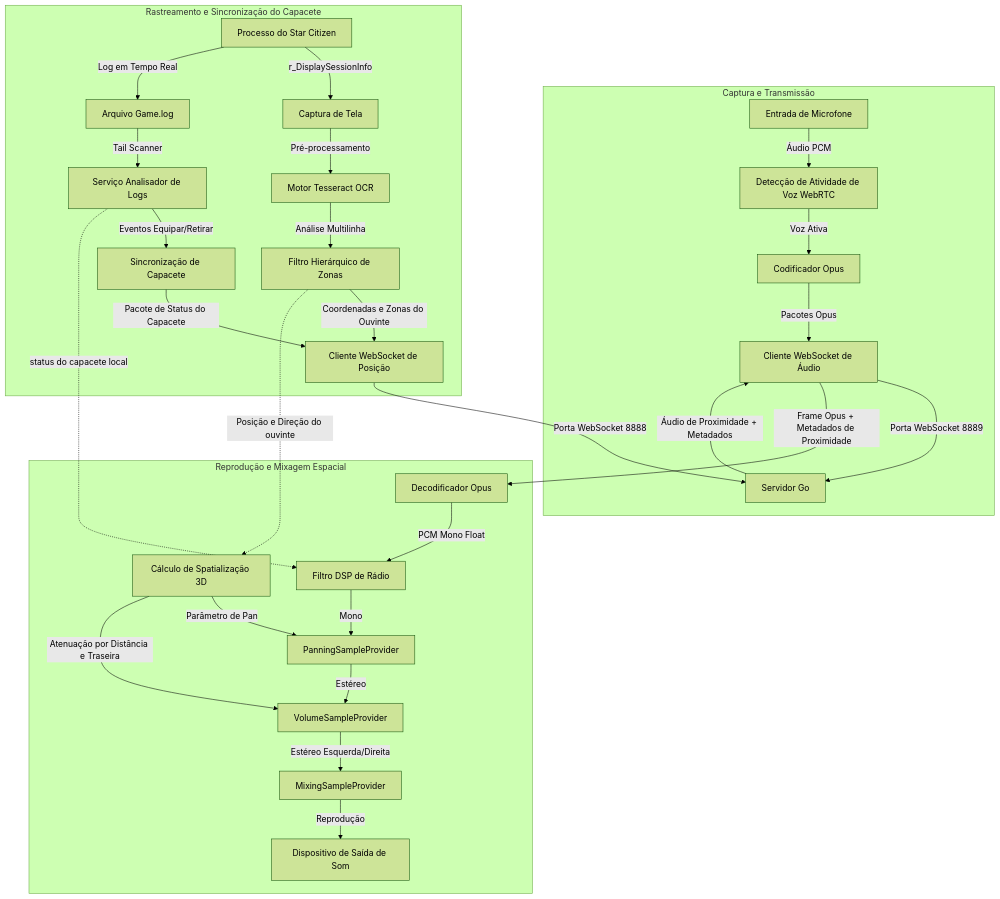
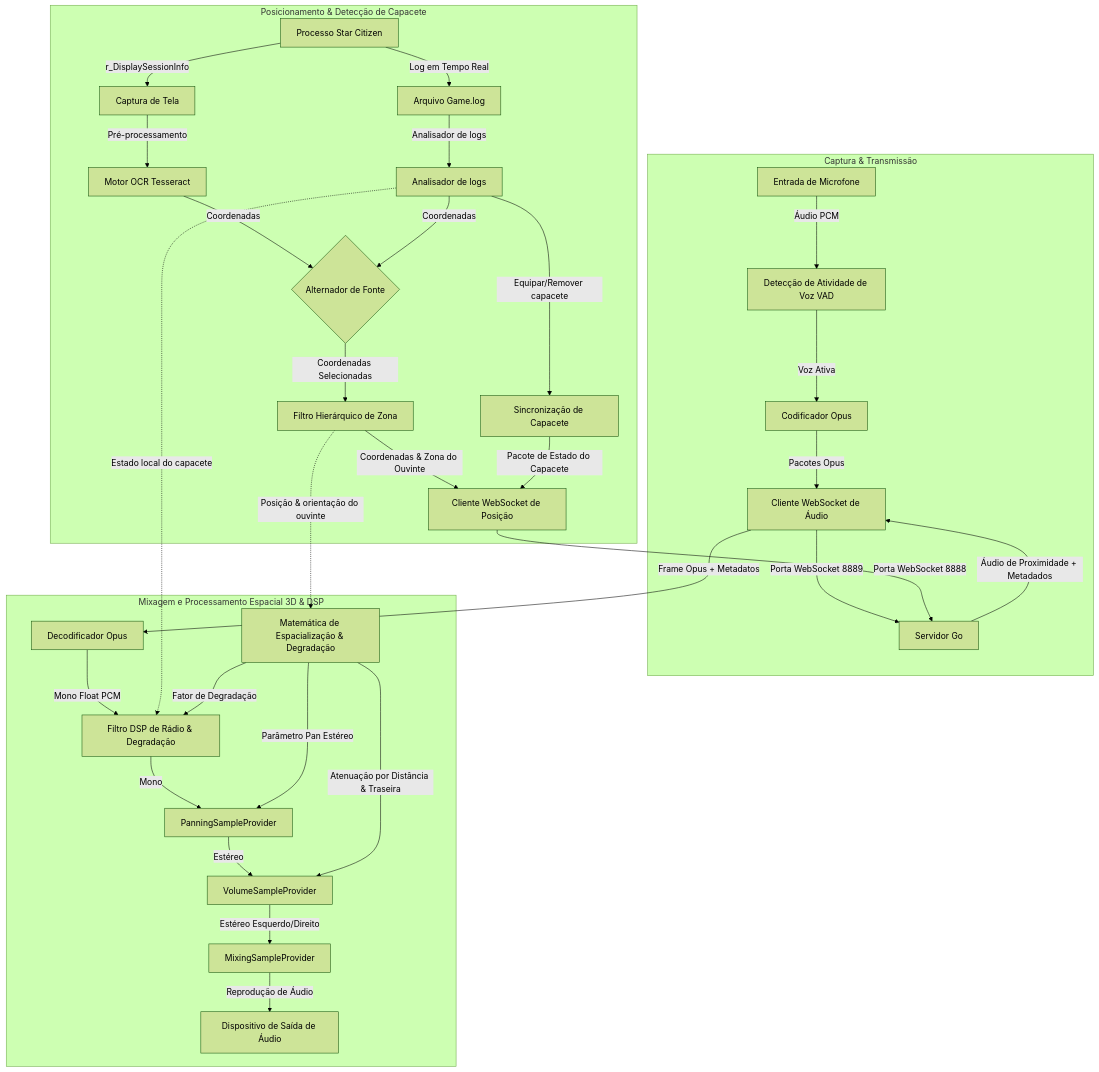
The diagram in doc/README.pt-BR.md (XuruDragon/XuruVOIP), drawn with Mermaid (forest theme) before and after one commit. The commit also changed other lines of this file and 17 other files, not shown here.

````diff
--- a/doc/README.pt-BR.md
+++ b/doc/README.pt-BR.md
@@ -80,39 +80,45 @@
 ```mermaid
 graph TD
-    subgraph Captura e Transmissão
-        Mic[Entrada de Microfone] -->|Áudio PCM| VAD[Detecção de Atividade de Voz WebRTC]
+    subgraph Captura & Transmissão
+        Mic[Entrada de Microfone] -->|Áudio PCM| VAD[Detecção de Atividade de Voz VAD]
         VAD -->|Voz Ativa| OpusEnc[Codificador Opus]
         OpusEnc -->|Pacotes Opus| AudioWS[Cliente WebSocket de Áudio]
         AudioWS -->|Porta WebSocket 8889| Server[Servidor Go]
     end
 
-    subgraph Rastreamento e Sincronização do Capacete
-        SC[Processo do Star Citizen] -->|r_DisplaySessionInfo| Screen[Captura de Tela]
-        Screen -->|Pré-processamento| Tess[Motor Tesseract OCR]
-        Tess -->|Análise Multilinha| Zone[Filtro Hierárquico de Zonas]
-        Zone -->|Coordenadas e Zonas do Ouvinte| PosWS[Cliente WebSocket de Posição]
+    subgraph Posicionamento & Detecção de Capacete
+        SC[Processo Star Citizen] -->|r_DisplaySessionInfo| Screen[Captura de Tela]
+        Screen -->|Pré-processamento| Tess[Motor OCR Tesseract]
+        
+        SC -->|Log em Tempo Real| GameLog[Arquivo Game.log]
+        GameLog -->|Analisador de logs| LogParser[Analisador de logs]
+        
+        Tess -->|Coordenadas| PosSelector{Alternador de Fonte}
+        LogParser -->|Coordenadas| PosSelector
+        
+        PosSelector -->|Coordenadas Selecionadas| Zone[Filtro Hierárquico de Zona]
+        Zone -->|Coordenadas & Zona do Ouvinte| PosWS[Cliente WebSocket de Posição]
         PosWS -->|Porta WebSocket 8888| Server
 
-        SC -->|Log em Tempo Real| GameLog[Arquivo Game.log]
-        GameLog -->|Tail Scanner| LogParser[Serviço Analisador de Logs]
-        LogParser -->|Eventos Equipar/Retirar| Helmet[Sincronização de Capacete]
-        Helmet -->|Pacote de Status do Capacete| PosWS
+        LogParser -->|Equipar/Remover capacete| Helmet[Sincronização de Capacete]
+        Helmet -->|Pacote de Estado do Capacete| PosWS
     end
 
-    subgraph Reprodução e Mixagem Espacial
+    subgraph Mixagem e Processamento Espacial 3D & DSP
         Server -->|Áudio de Proximidade + Metadados| AudioWS
-        AudioWS -->|Frame Opus + Metadados de Proximidade| Decoder[Decodificador Opus]
-        Decoder -->|PCM Mono Float| DSP[Filtro DSP de Rádio]
+        AudioWS -->|Frame Opus + Metadatos| Decoder[Decodificador Opus]
+        Decoder -->|Mono Float PCM| DSP[Filtro DSP de Rádio & Degradação]
         DSP -->|Mono| Panner[PanningSampleProvider]
         Panner -->|Estéreo| Volume[VolumeSampleProvider]
         
-        LogParser -.->|status do capacete local| DSP
-        Zone -.->|Posição e Direção do ouvinte| MixerMath[Cálculo de Spatialização 3D]
+        LogParser -.->|Estado local do capacete| DSP
+        Zone -.->|Posição & orientação do ouvinte| MixerMath[Matemática de Espacialização & Degradação]
         
-        MixerMath -->|Parâmetro de Pan| Panner
-        MixerMath -->|Atenuação por Distância e Traseira| Volume
+        MixerMath -->|Parâmetro Pan Estéreo| Panner
+        MixerMath -->|Atenuação por Distância & Traseira| Volume
+        MixerMath -->|Fator de Degradação| DSP
         
-        Volume -->|Estéreo Esquerda/Direita| Mixer[MixingSampleProvider]
-        Mixer -->|Reprodução| Speakers[Dispositivo de Saída de Som]
+        Volume -->|Estéreo Esquerdo/Direito| Mixer[MixingSampleProvider]
+        Mixer -->|Reprodução de Áudio| Speakers[Dispositivo de Saída de Áudio]
     end
 ```
````
